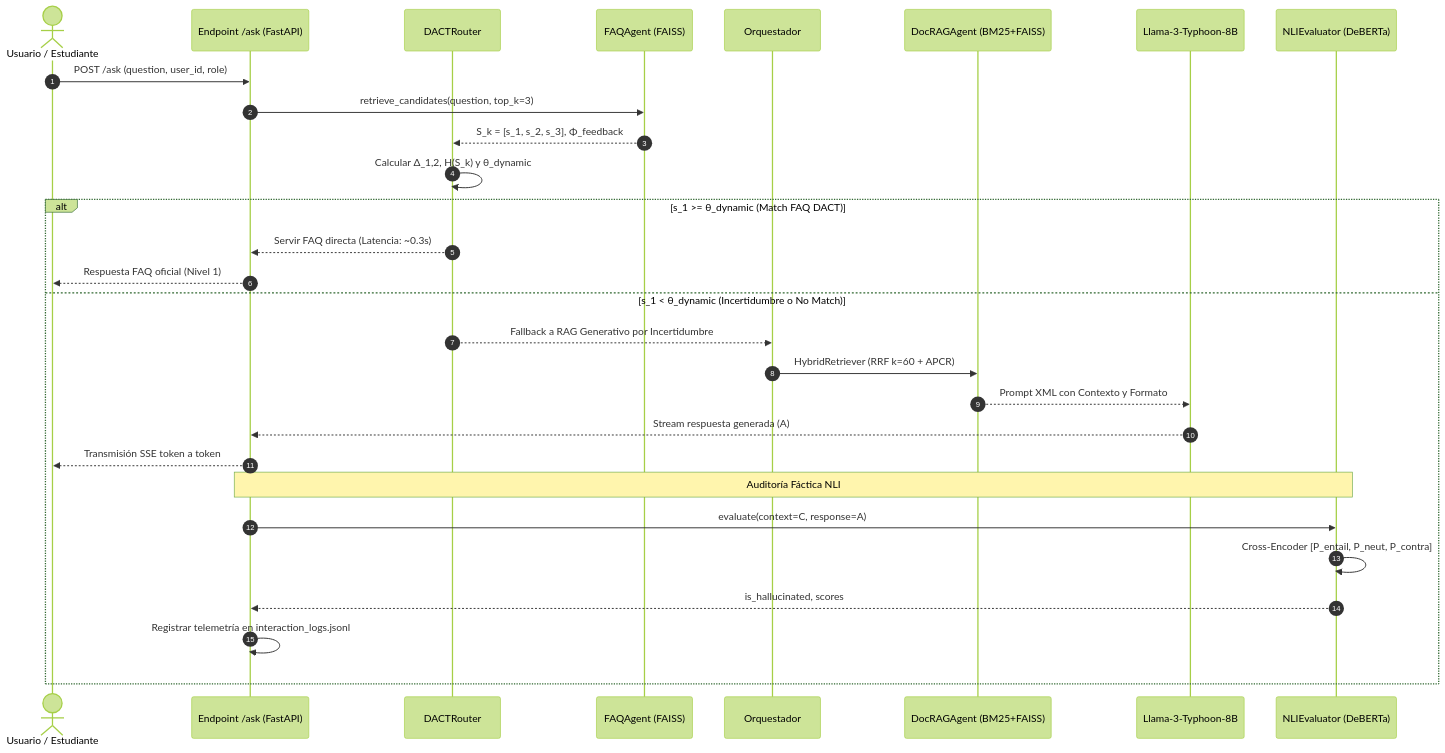
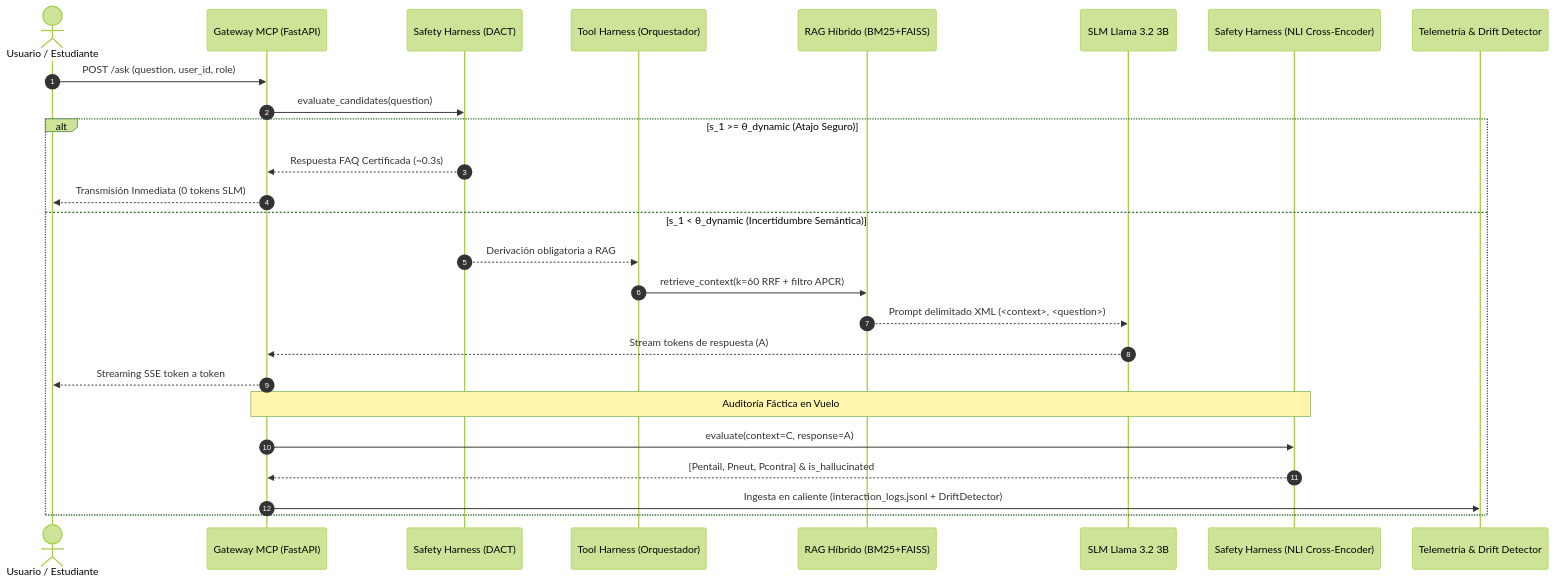
One commit to profjcp/mcpsoe changed the second of 2 diagrams in docs/PROPUESTA_CIENTIFICA_DOCTORAL_DACT_NLI.md. Above: the diagram before and after it, drawn with Mermaid (forest theme). The commit also changed other lines of this file and 3 other files, not shown here.

Commit message:
docs(doctoral): adopt Agentic Harness Architecture framework and elevate thesis title and diagrams

````diff
--- a/docs/PROPUESTA_CIENTIFICA_DOCTORAL_DACT_NLI.md
+++ b/docs/PROPUESTA_CIENTIFICA_DOCTORAL_DACT_NLI.md
@@ -211,34 +166,31 @@
 ```mermaid
 sequenceDiagram
     autonumber
     actor U as Usuario / Estudiante
-    participant API as Endpoint /ask (FastAPI)
-    participant DACT as DACTRouter
-    participant FAQ as FAQAgent (FAISS)
-    participant ORCH as Orquestador
-    participant RAG as DocRAGAgent (BM25+FAISS)
-    participant LLM as Llama-3-Typhoon-8B
-    participant NLI as NLIEvaluator (DeBERTa)
+    participant API as Gateway MCP (FastAPI)
+    participant DACT as Safety Harness (DACT)
+    participant ORCH as Tool Harness (Orquestador)
+    participant RAG as RAG Híbrido (BM25+FAISS)
+    participant SLM as SLM Llama 3.2 3B
+    participant NLI as Safety Harness (NLI Cross-Encoder)
+    participant LOGS as Telemetría & Drift Detector
 
     U->>API: POST /ask (question, user_id, role)
-    API->>FAQ: retrieve_candidates(question, top_k=3)
-    FAQ-->>DACT: S_k = [s_1, s_2, s_3], Φ_feedback
-    DACT->>DACT: Calcular Δ_1,2, H(S_k) y θ_dynamic
+    API->>DACT: evaluate_candidates(question)
     
-    alt s_1 >= θ_dynamic (Match FAQ DACT)
-        DACT-->>API: Servir FAQ directa (Latencia: ~0.3s)
-        API-->>U: Respuesta FAQ oficial (Nivel 1)
-    else s_1 < θ_dynamic (Incertidumbre o No Match)
-        DACT-->>ORCH: Fallback a RAG Generativo por Incertidumbre
-        ORCH->>RAG: HybridRetriever (RRF k=60 + APCR)
-        RAG-->>LLM: Prompt XML con Contexto y Formato
-        LLM-->>API: Stream respuesta generada (A)
-        API-->>U: Transmisión SSE token a token
+    alt s_1 >= θ_dynamic (Atajo Seguro)
+        DACT-->>API: Respuesta FAQ Certificada (~0.3s)
+        API-->>U: Transmisión Inmediata (0 tokens SLM)
+    else s_1 < θ_dynamic (Incertidumbre Semántica)
+        DACT-->>ORCH: Derivación obligatoria a RAG
+        ORCH->>RAG: retrieve_context(k=60 RRF + filtro APCR)
+        RAG-->>SLM: Prompt delimitado XML (<context>, <question>)
+        SLM-->>API: Stream tokens de respuesta (A)
+        API-->>U: Streaming SSE token a token
         
-        Note over API,NLI: Auditoría Fáctica NLI
+        Note over API,NLI: Auditoría Fáctica en Vuelo
         API->>NLI: evaluate(context=C, response=A)
-        NLI->>NLI: Cross-Encoder [P_entail, P_neut, P_contra]
-        NLI-->>API: is_hallucinated, scores
-        API->>API: Registrar telemetría en interaction_logs.jsonl
+        NLI-->>API: [Pentail, Pneut, Pcontra] & is_hallucinated
+        API->>LOGS: Ingesta en caliente (interaction_logs.jsonl + DriftDetector)
     end
 ```
````
